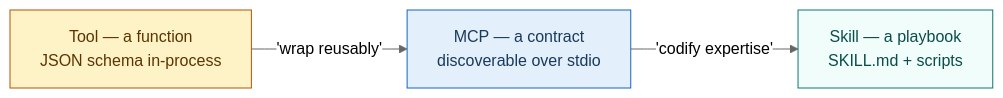
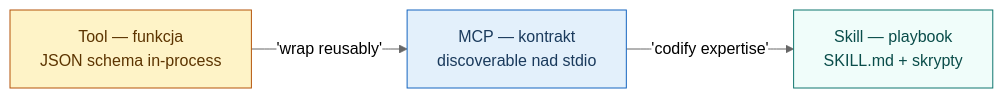
Before and after one commit to nowiro/ai-studio: the first of 5 diagrams in .ai/architecture.md, drawn with Mermaid (neutral theme). The commit also changed other lines of this file and 6 other files, not shown here.

````diff
--- a/.ai/architecture.md
+++ b/.ai/architecture.md
@@ -29,16 +29,16 @@
 ```mermaid
 flowchart LR
-  T["Tool — a function<br/>JSON schema in-process"]
-  M["MCP — a contract<br/>discoverable over stdio"]
-  S["Skill — a playbook<br/>SKILL.md + scripts"]
+  T["Tool — funkcja<br/>JSON schema in-process"]
+  M["MCP — kontrakt<br/>discoverable nad stdio"]
+  S["Skill — playbook<br/>SKILL.md + skrypty"]
 
   T -- 'wrap reusably' --> M
   M -- 'codify expertise' --> S
 
   classDef t fill:#fef3c7,stroke:#b45309,color:#5c3400;
   classDef m fill:#e3f0fb,stroke:#1565c0,color:#1a3a5c;
   classDef s fill:#f0fdfa,stroke:#0f766e,color:#0a4d4a;
   class T t
   class M m
   class S s
 ```
````
